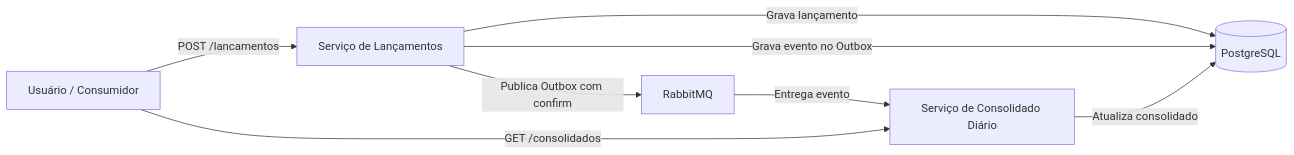
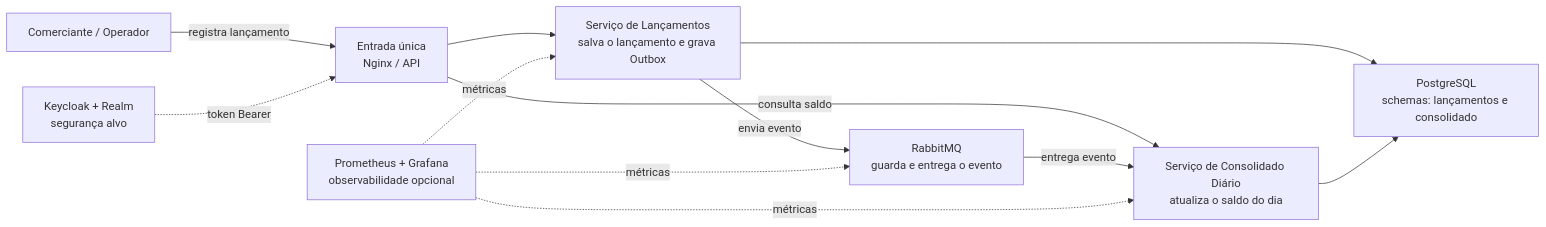
The diagram in docs/diagramas/mermaid/01-overview-big-picture.md (jbjares/servico-controle-lancamentos-consolidado), drawn with Mermaid before and after one commit. The commit also changed 5 other files, not shown here.

Commit message:
- Melhoria no overview mais compacto relacionado ao diagrama de arquitetura.

````diff
--- a/docs/diagramas/mermaid/01-overview-big-picture.md
+++ b/docs/diagramas/mermaid/01-overview-big-picture.md
@@ -1,16 +1,23 @@
 ```mermaid
 flowchart LR
-    U[Usuário / Consumidor]
-    L[Serviço de Lançamentos]
-    C[Serviço de Consolidado Diário]
-    MQ[RabbitMQ]
-    DB[(PostgreSQL)]
+    U["Comerciante / Operador"]
+    G["Entrada única<br/>Nginx / API"]
+    L["Serviço de Lançamentos<br/>salva o lançamento e grava Outbox"]
+    R["RabbitMQ<br/>guarda e entrega o evento"]
+    C["Serviço de Consolidado Diário<br/>atualiza o saldo do dia"]
+    DB["PostgreSQL<br/>schemas: lançamentos e consolidado"]
+    O["Prometheus + Grafana<br/>observabilidade opcional"]
+    S["Keycloak + Realm<br/>segurança alvo"]
 
-    U -->|POST /lancamentos| L
-    U -->|GET /consolidados| C
-    L -->|Grava lançamento| DB
-    L -->|Grava evento no Outbox| DB
-    L -->|Publica Outbox com confirm| MQ
-    MQ -->|Entrega evento| C
-    C -->|Atualiza consolidado| DB
+    U -->|registra lançamento| G
+    G --> L
+    G -->|consulta saldo| C
+    L -->|envia evento| R
+    R -->|entrega evento| C
+    L --> DB
+    C --> DB
+    O -. métricas .-> L
+    O -. métricas .-> C
+    O -. métricas .-> R
+    S -. token Bearer .-> G
 ```
````
